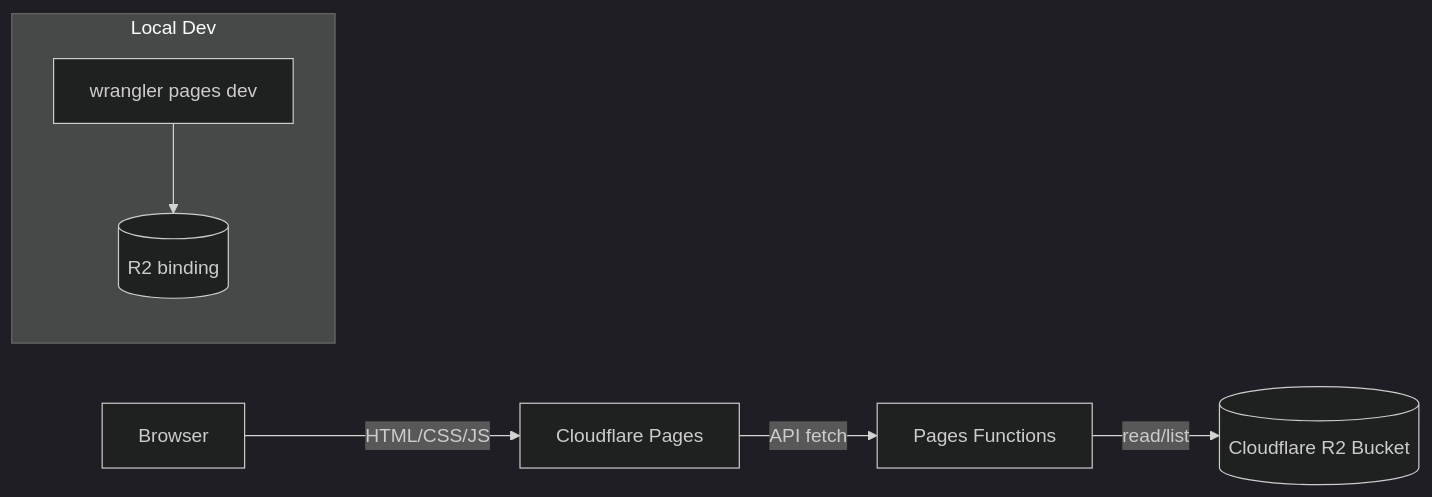
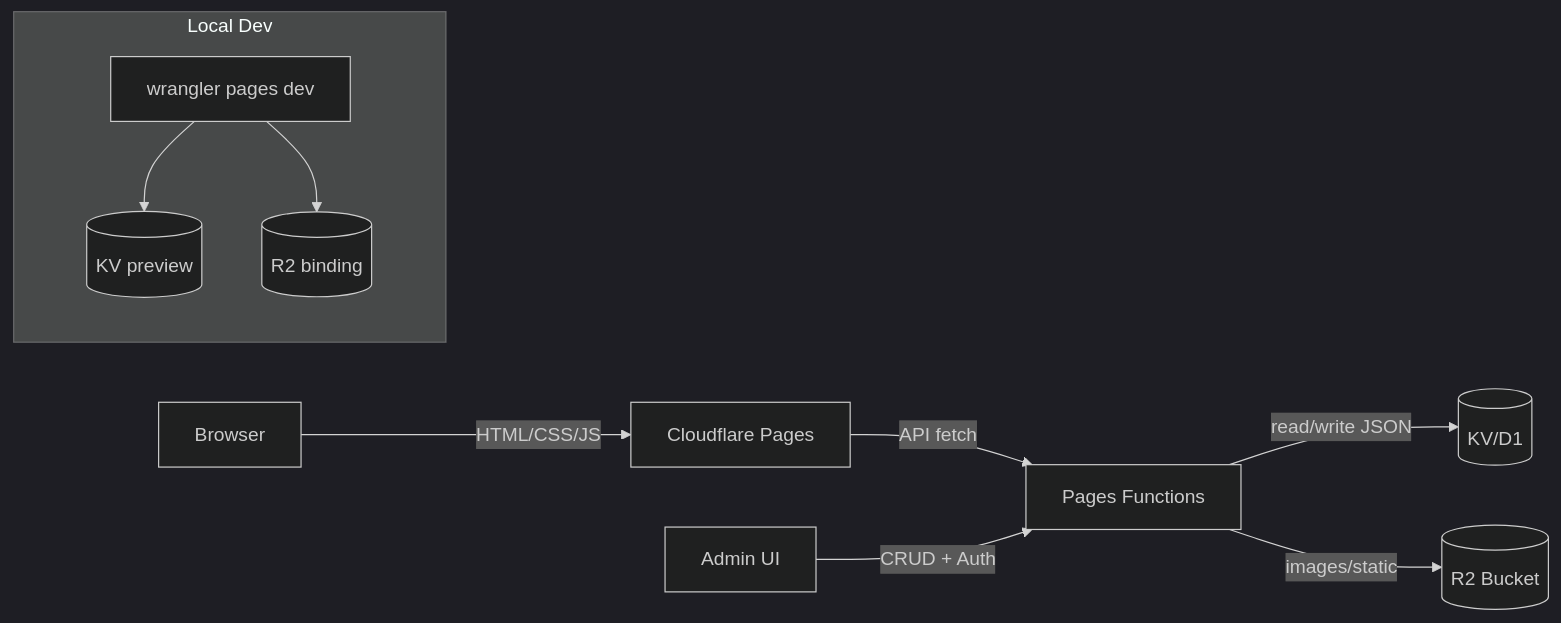
One commit to DreamProjectKR/MBTITest changed the diagram in CLOUD.MD. Above: the diagram before and after it, drawn with Mermaid (dark theme). The commit also changed other lines of this file and 356 other files, not shown here.

````diff
--- a/CLOUD.MD
+++ b/CLOUD.MD
@@ -4,9 +5,12 @@
 ```mermaid
 flowchart LR
   Browser -->|HTML/CSS/JS| Pages[Cloudflare Pages]
   Pages -->|API fetch| Fn[Pages Functions]
-  Fn -->|read/list| R2[(Cloudflare R2 Bucket)]
+  Fn -->|read/write JSON| KV[(KV/D1)]
+  Fn -->|images/static| R2[(R2 Bucket)]
+  Admin[Admin UI] -->|CRUD + Auth| Fn
   subgraph Local Dev
-    Dev[wrangler pages dev] --> MockR2[(R2 binding)]
+    Dev[wrangler pages dev] --> KVdev[(KV preview)]
+    Dev --> R2dev[(R2 binding)]
   end
 ```
````
